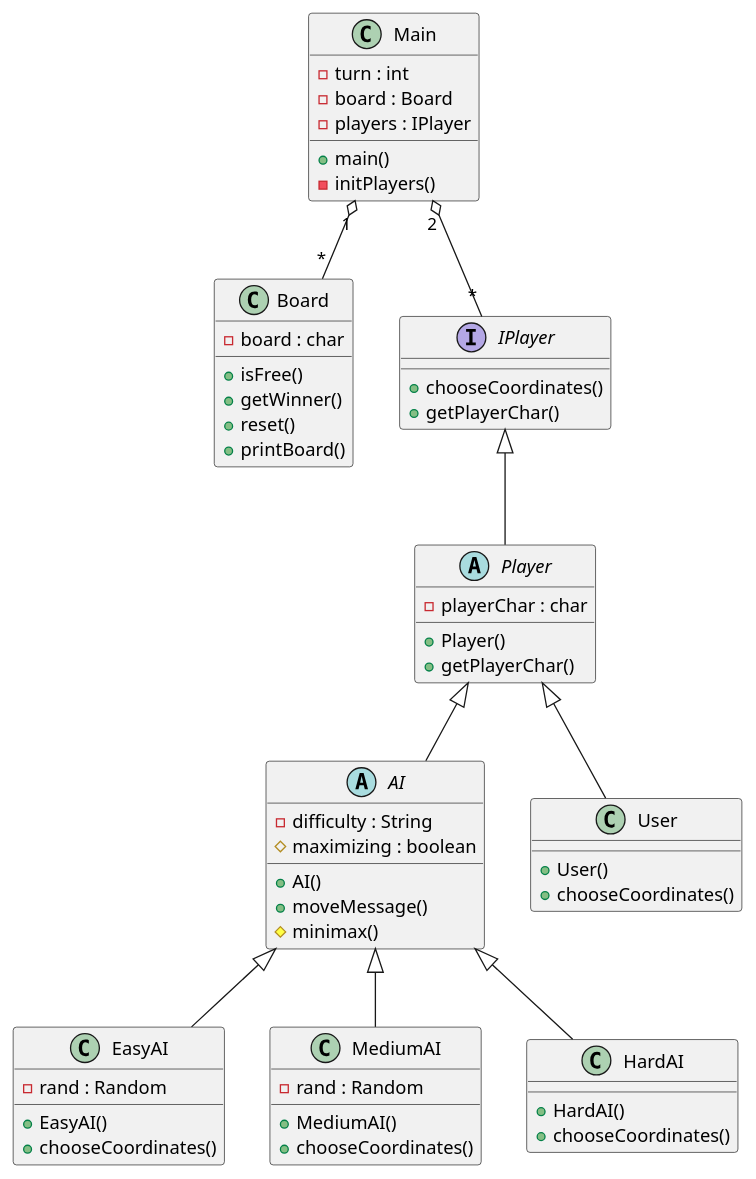
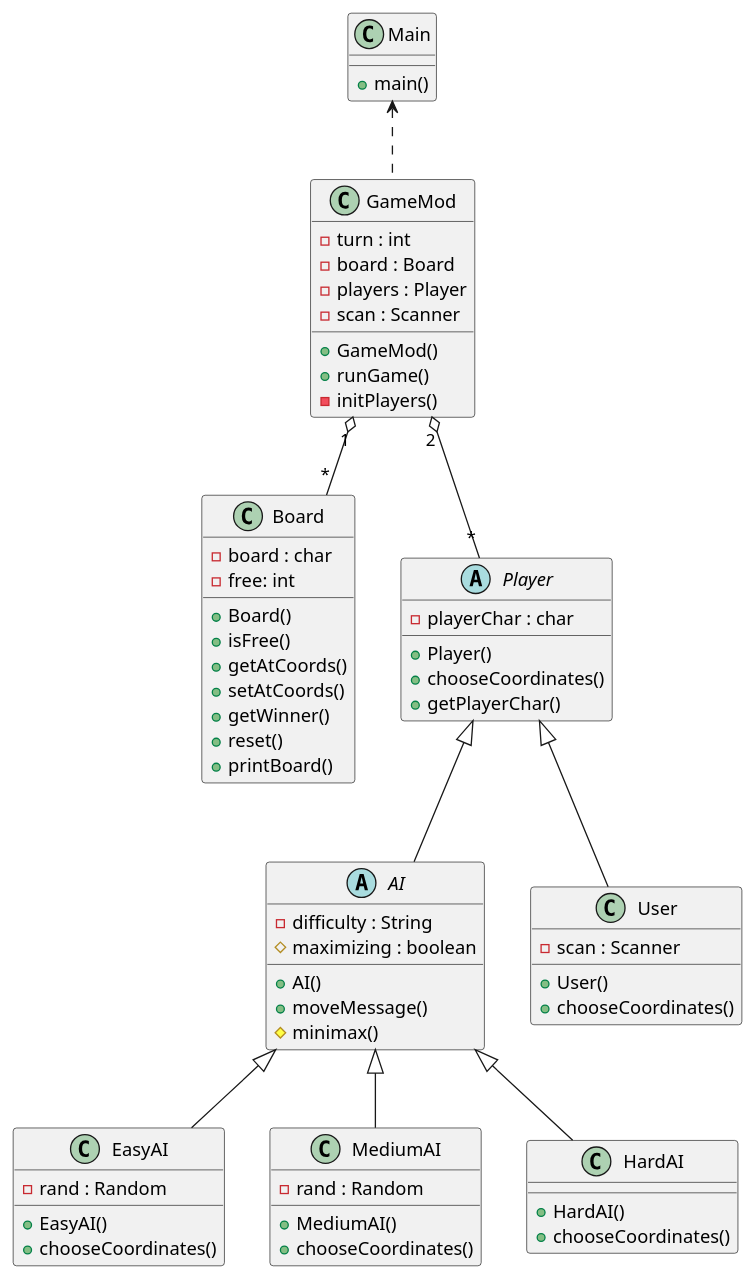
Before and after one commit to MMierzej/tictactoe-oop: the diagram in docs/class-diagram.wsd, drawn with PlantUML. The commit also changed 3 other files, not shown here.

Commit message:
Updated class diagram.

```diff
--- a/docs/class-diagram.wsd
+++ b/docs/class-diagram.wsd
@@ -1,68 +1,76 @@
 @startuml tictactoe
+
+class Main {
+	+ main()
+}
+
 abstract class AI {
 	- difficulty : String
 	# maximizing : boolean
 	+ AI()
 	+ moveMessage()
 	# minimax()
 }
 
 class EasyAI {
 	- rand : Random
 	+ EasyAI()
 	+ chooseCoordinates()
 }
 
 class MediumAI {
 	- rand : Random
 	+ MediumAI()
 	+ chooseCoordinates()
 }
 
 class HardAI {
 	+ HardAI()
 	+ chooseCoordinates()
 }
 
 class Board {
 	- board : char
+	- free: int
+	+ Board()
 	+ isFree()
+	+ getAtCoords()
+	+ setAtCoords()
 	+ getWinner()
 	+ reset()
 	+ printBoard()
 }
 
-class Main {
+class GameMod {
 	- turn : int
 	- board : Board
-	- players : IPlayer
-	+ main()
+	- players : Player
+	- scan : Scanner
+	+ GameMod()
+	+ runGame()
 	- initPlayers()
 }
 
 class User {
+	- scan : Scanner
 	+ User()
 	+ chooseCoordinates()
 }
 
 abstract class Player {
 	- playerChar : char
 	+ Player()
-	+ getPlayerChar()
-}
-
-interface IPlayer {
 	+ chooseCoordinates()
 	+ getPlayerChar()
 }
 
-IPlayer <|-- Player
 Player <|-- User
 Player <|-- AI
 AI <|-- EasyAI
 AI <|-- MediumAI
 AI <|-- HardAI
-Main "2" o-- "*" IPlayer
-Main "1" o-- "*" Board
+GameMod "2" o-- "*" Player
+GameMod "1" o-- "*" Board
+Main <.. GameMod
 
 @enduml
```
